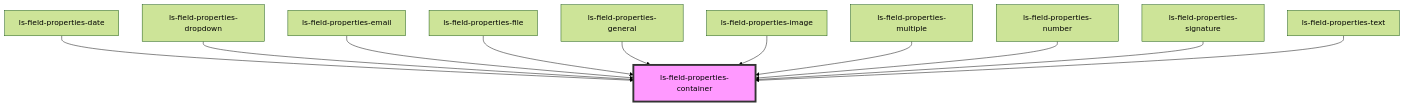
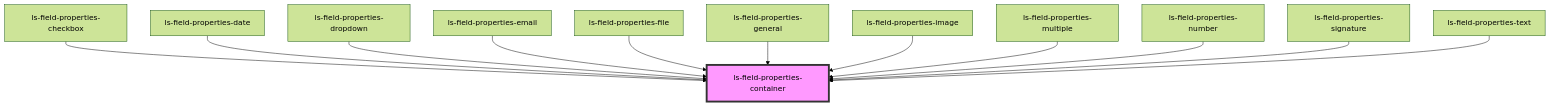
Before and after one commit to legalesign/ls-document-viewer: the diagram in src/components/ls-field-properties-container/readme.md, drawn with Mermaid (forest theme). The commit also changed other lines of this file and 24 other files, not shown here.

````diff
--- a/src/components/ls-field-properties-container/readme.md
+++ b/src/components/ls-field-properties-container/readme.md
@@ -33,14 +34,15 @@
 ```mermaid
 graph TD;
+  ls-field-properties-checkbox --> ls-field-properties-container
   ls-field-properties-date --> ls-field-properties-container
   ls-field-properties-dropdown --> ls-field-properties-container
   ls-field-properties-email --> ls-field-properties-container
   ls-field-properties-file --> ls-field-properties-container
   ls-field-properties-general --> ls-field-properties-container
   ls-field-properties-image --> ls-field-properties-container
   ls-field-properties-multiple --> ls-field-properties-container
   ls-field-properties-number --> ls-field-properties-container
   ls-field-properties-signature --> ls-field-properties-container
   ls-field-properties-text --> ls-field-properties-container
   style ls-field-properties-container fill:#f9f,stroke:#333,stroke-width:4px
 ```
````
